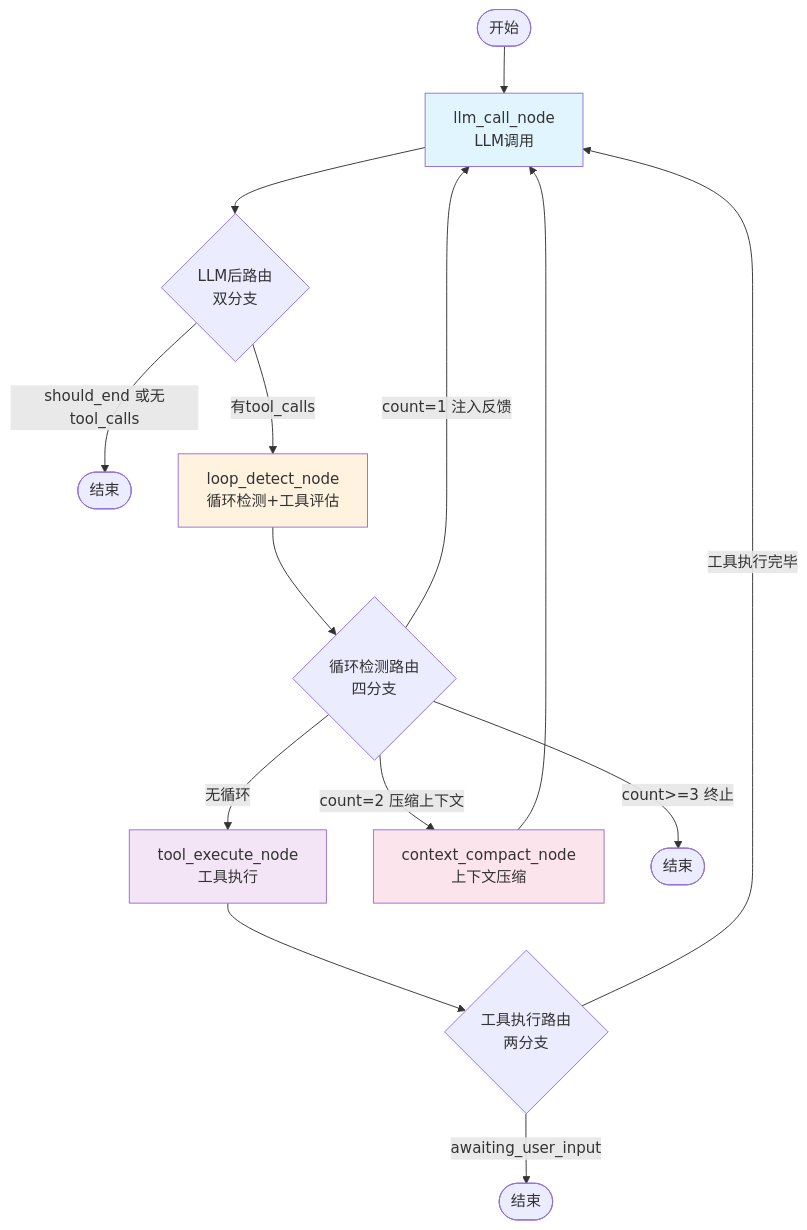
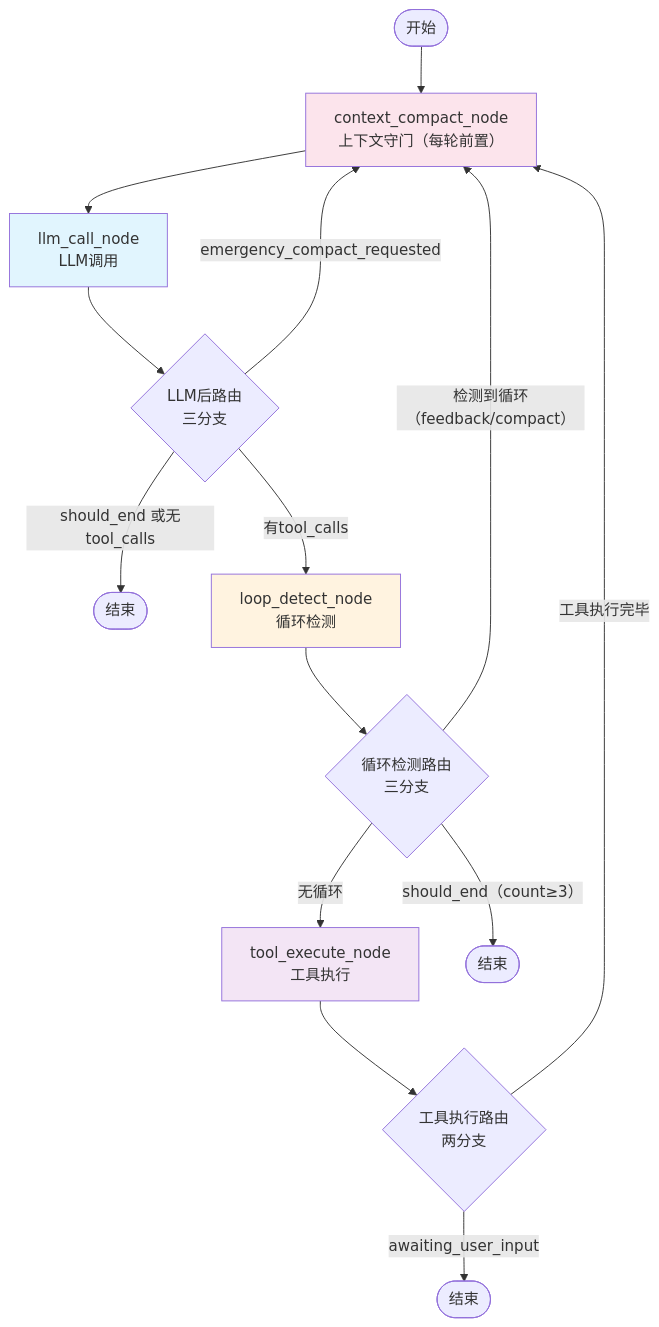
The diagram in docs/langgraph-workflow.md (solarest/yanyun-agent), drawn with Mermaid before and after one commit. The commit also changed other lines of this file and 23 other files, not shown here.

````diff
--- a/docs/langgraph-workflow.md
+++ b/docs/langgraph-workflow.md
@@ -11,26 +11,26 @@
 ```mermaid
 graph TB
-    Start([开始]) --> llm_call["llm_call_node<br/>LLM调用"]
-    
-    llm_call --> route_after_llm{LLM后路由<br/>双分支}
-    
+    Start([开始]) --> context_compact["context_compact_node<br/>上下文守门（每轮前置）"]
+
+    context_compact --> llm_call["llm_call_node<br/>LLM调用"]
+
+    llm_call --> route_after_llm{LLM后路由<br/>三分支}
+
+    route_after_llm -->|emergency_compact_requested| context_compact
     route_after_llm -->|should_end 或无tool_calls| End0([结束])
-    route_after_llm -->|有tool_calls| loop_detect["loop_detect_node<br/>循环检测+工具评估"]
-    
-    loop_detect --> route_loop{循环检测路由<br/>四分支}
+    route_after_llm -->|有tool_calls| loop_detect["loop_detect_node<br/>循环检测"]
+
+    loop_detect --> route_loop{循环检测路由<br/>三分支}
     route_loop -->|无循环| tool_execute["tool_execute_node<br/>工具执行"]
-    route_loop -->|count=1 注入反馈| llm_call
-    route_loop -->|count=2 压缩上下文| context_compact["context_compact_node<br/>上下文压缩"]
-    route_loop -->|count>=3 终止| End1([结束])
-    
+    route_loop -->|检测到循环（feedback/compact）| context_compact
+    route_loop -->|should_end（count≥3）| End1([结束])
+
     tool_execute --> route_tool{工具执行路由<br/>两分支}
     route_tool -->|awaiting_user_input| End2([结束])
-    route_tool -->|工具执行完毕| llm_call
+    route_tool -->|工具执行完毕| context_compact
 
-    context_compact --> llm_call
-    
+    style context_compact fill:#fce4ec
     style llm_call fill:#e1f5fe
     style tool_execute fill:#f3e5f5
     style loop_detect fill:#fff3e0
-    style context_compact fill:#fce4ec
 ```
````
